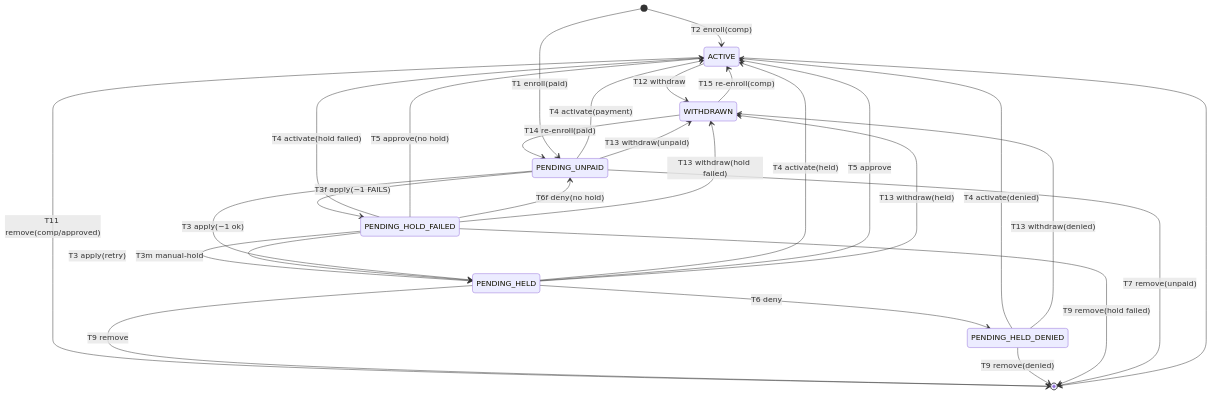
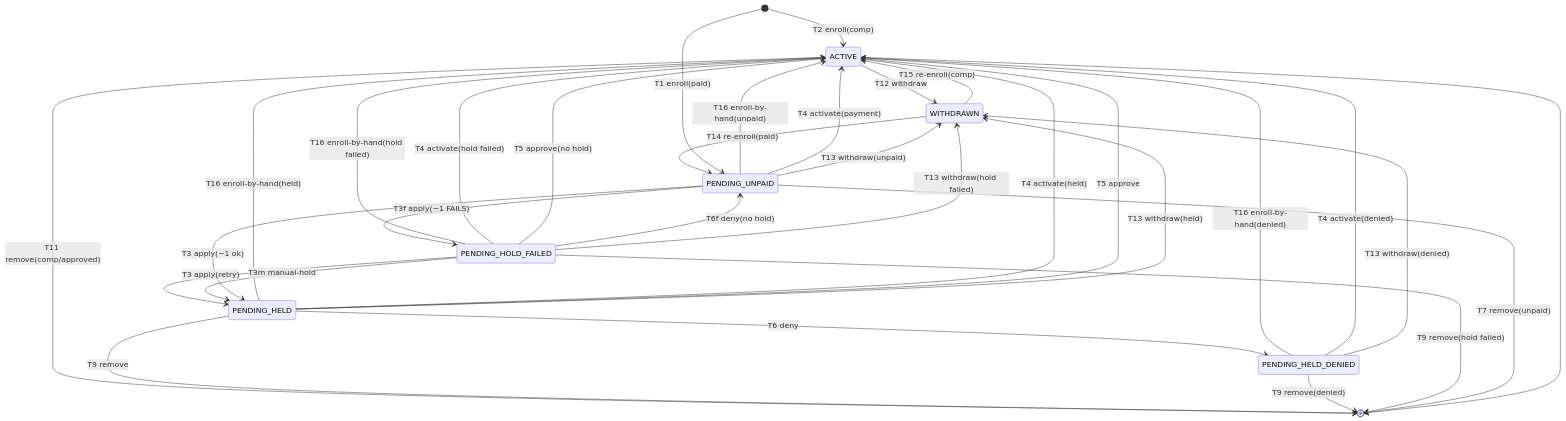
Before and after one commit to innovationtreehouse/apps.checkin: the diagram in docs/generated/lifecycle/enrollment.md, drawn with Mermaid. The commit also changed other lines of this file and 9 other files, not shown here.

First line of the commit message:
fix(programs): enroll-by-hand review fixes

````diff
--- a/docs/generated/lifecycle/enrollment.md
+++ b/docs/generated/lifecycle/enrollment.md
@@ -12,30 +12,34 @@
 ```mermaid
 stateDiagram-v2
     ACTIVE --> WITHDRAWN: T12 withdraw
     ACTIVE --> [*]: T11 remove(comp/approved)
+    PENDING_HELD --> ACTIVE: T16 enroll-by-hand(held)
     PENDING_HELD --> ACTIVE: T4 activate(held)
     PENDING_HELD --> ACTIVE: T5 approve
     PENDING_HELD --> PENDING_HELD_DENIED: T6 deny
     PENDING_HELD --> WITHDRAWN: T13 withdraw(held)
     PENDING_HELD --> [*]: T9 remove
+    PENDING_HELD_DENIED --> ACTIVE: T16 enroll-by-hand(denied)
     PENDING_HELD_DENIED --> ACTIVE: T4 activate(denied)
     PENDING_HELD_DENIED --> WITHDRAWN: T13 withdraw(denied)
     PENDING_HELD_DENIED --> [*]: T9 remove(denied)
+    PENDING_HOLD_FAILED --> ACTIVE: T16 enroll-by-hand(hold failed)
     PENDING_HOLD_FAILED --> ACTIVE: T4 activate(hold failed)
     PENDING_HOLD_FAILED --> ACTIVE: T5 approve(no hold)
     PENDING_HOLD_FAILED --> PENDING_HELD: T3 apply(retry)
     PENDING_HOLD_FAILED --> PENDING_HELD: T3m manual-hold
     PENDING_HOLD_FAILED --> PENDING_UNPAID: T6f deny(no hold)
     PENDING_HOLD_FAILED --> WITHDRAWN: T13 withdraw(hold failed)
     PENDING_HOLD_FAILED --> [*]: T9 remove(hold failed)
+    PENDING_UNPAID --> ACTIVE: T16 enroll-by-hand(unpaid)
     PENDING_UNPAID --> ACTIVE: T4 activate(payment)
     PENDING_UNPAID --> PENDING_HELD: T3 apply(−1 ok)
     PENDING_UNPAID --> PENDING_HOLD_FAILED: T3f apply(−1 FAILS)
     PENDING_UNPAID --> WITHDRAWN: T13 withdraw(unpaid)
     PENDING_UNPAID --> [*]: T7 remove(unpaid)
     WITHDRAWN --> ACTIVE: T15 re-enroll(comp)
     WITHDRAWN --> PENDING_UNPAID: T14 re-enroll(paid)
     [*] --> ACTIVE: T2 enroll(comp)
     [*] --> PENDING_UNPAID: T1 enroll(paid)
     ACTIVE --> [*]
 ```
````
